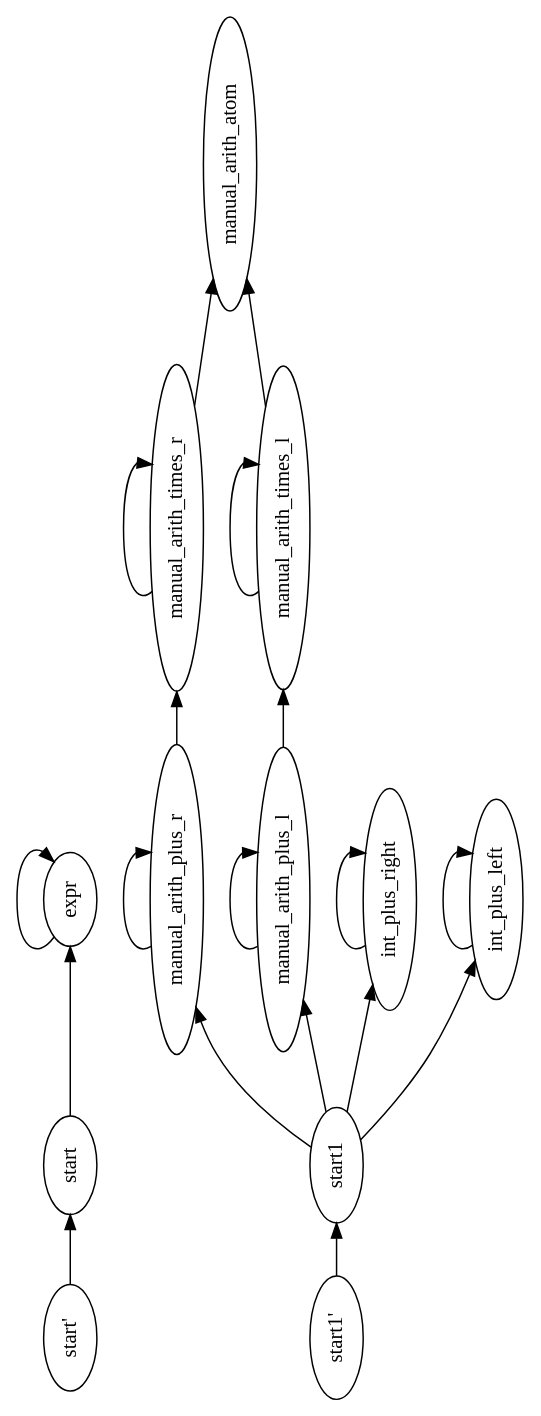
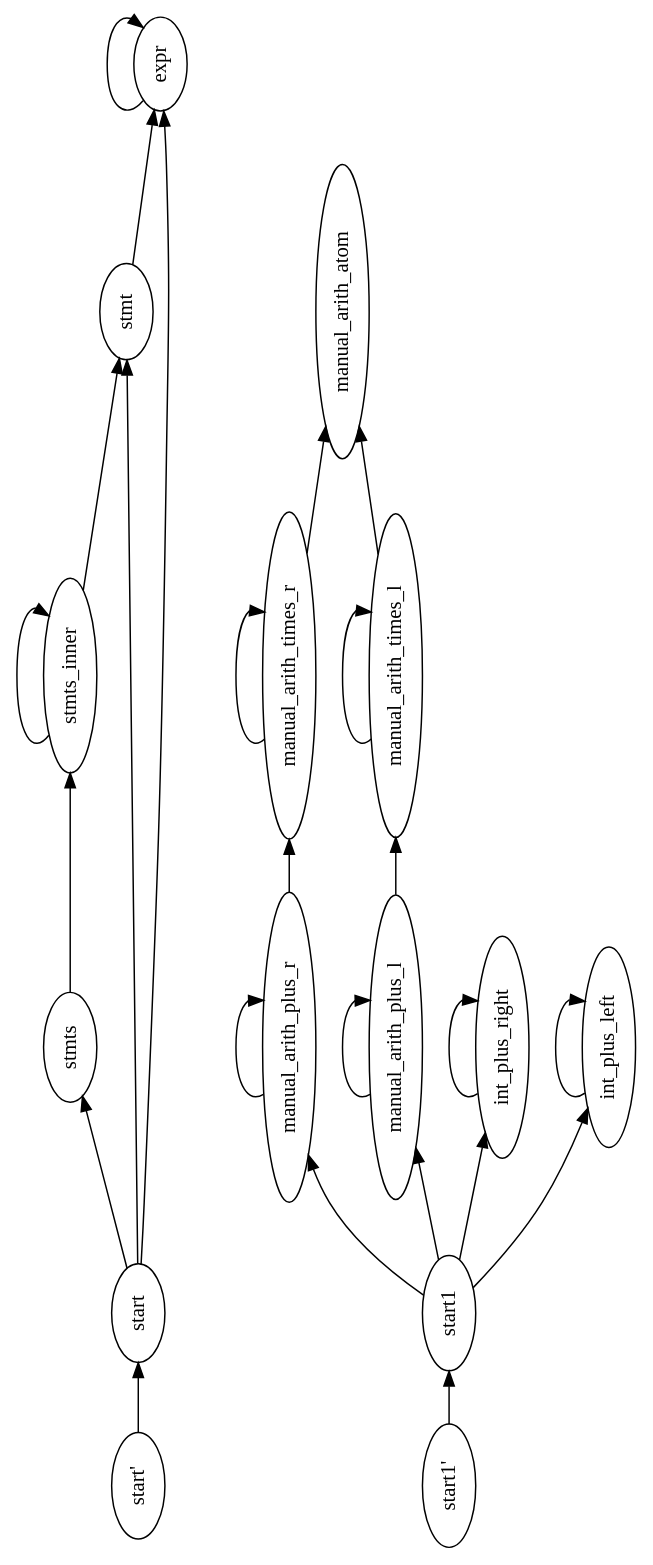
The diagram in AS/AS-TP-2014-files/AS-TP-2014-files/_build/arithpar.dot (BenGoodwin25/L3-Work), drawn with Graphviz before and after one commit. The commit also changed 25 other files, not shown here.

```diff
--- a/AS/AS-TP-2014-files/AS-TP-2014-files/_build/arithpar.dot
+++ b/AS/AS-TP-2014-files/AS-TP-2014-files/_build/arithpar.dot
@@ -1,36 +1,45 @@
 digraph G {
 orientation = landscape;
 rankdir = LR;
 ratio = compress;
 nt0 [ label="start1'" ] ;
 nt1 [ label="start'" ] ;
-nt2 [ label="start1" ] ;
-nt3 [ label="start" ] ;
-nt4 [ label="manual_arith_times_r" ] ;
-nt5 [ label="manual_arith_times_l" ] ;
-nt6 [ label="manual_arith_plus_r" ] ;
-nt7 [ label="manual_arith_plus_l" ] ;
-nt8 [ label="manual_arith_atom" ] ;
-nt9 [ label="int_plus_right" ] ;
-nt10 [ label="int_plus_left" ] ;
-nt11 [ label="expr" ] ;
-nt0 -> nt2 [ label="" ] ;
-nt1 -> nt3 [ label="" ] ;
-nt2 -> nt6 [ label="" ] ;
-nt2 -> nt7 [ label="" ] ;
-nt2 -> nt9 [ label="" ] ;
-nt2 -> nt10 [ label="" ] ;
-nt3 -> nt11 [ label="" ] ;
-nt4 -> nt4 [ label="" ] ;
-nt4 -> nt8 [ label="" ] ;
-nt5 -> nt5 [ label="" ] ;
-nt5 -> nt8 [ label="" ] ;
+nt2 [ label="stmts_inner" ] ;
+nt3 [ label="stmts" ] ;
+nt4 [ label="stmt" ] ;
+nt5 [ label="start1" ] ;
+nt6 [ label="start" ] ;
+nt7 [ label="manual_arith_times_r" ] ;
+nt8 [ label="manual_arith_times_l" ] ;
+nt9 [ label="manual_arith_plus_r" ] ;
+nt10 [ label="manual_arith_plus_l" ] ;
+nt11 [ label="manual_arith_atom" ] ;
+nt12 [ label="int_plus_right" ] ;
+nt13 [ label="int_plus_left" ] ;
+nt14 [ label="expr" ] ;
+nt0 -> nt5 [ label="" ] ;
+nt1 -> nt6 [ label="" ] ;
+nt2 -> nt2 [ label="" ] ;
+nt2 -> nt4 [ label="" ] ;
+nt3 -> nt2 [ label="" ] ;
+nt4 -> nt14 [ label="" ] ;
+nt5 -> nt9 [ label="" ] ;
+nt5 -> nt10 [ label="" ] ;
+nt5 -> nt12 [ label="" ] ;
+nt5 -> nt13 [ label="" ] ;
+nt6 -> nt3 [ label="" ] ;
 nt6 -> nt4 [ label="" ] ;
-nt6 -> nt6 [ label="" ] ;
-nt7 -> nt5 [ label="" ] ;
+nt6 -> nt14 [ label="" ] ;
 nt7 -> nt7 [ label="" ] ;
+nt7 -> nt11 [ label="" ] ;
+nt8 -> nt8 [ label="" ] ;
+nt8 -> nt11 [ label="" ] ;
+nt9 -> nt7 [ label="" ] ;
 nt9 -> nt9 [ label="" ] ;
+nt10 -> nt8 [ label="" ] ;
 nt10 -> nt10 [ label="" ] ;
-nt11 -> nt11 [ label="" ] ;
+nt12 -> nt12 [ label="" ] ;
+nt13 -> nt13 [ label="" ] ;
+nt14 -> nt14 [ label="" ] ;
 
 }
```
